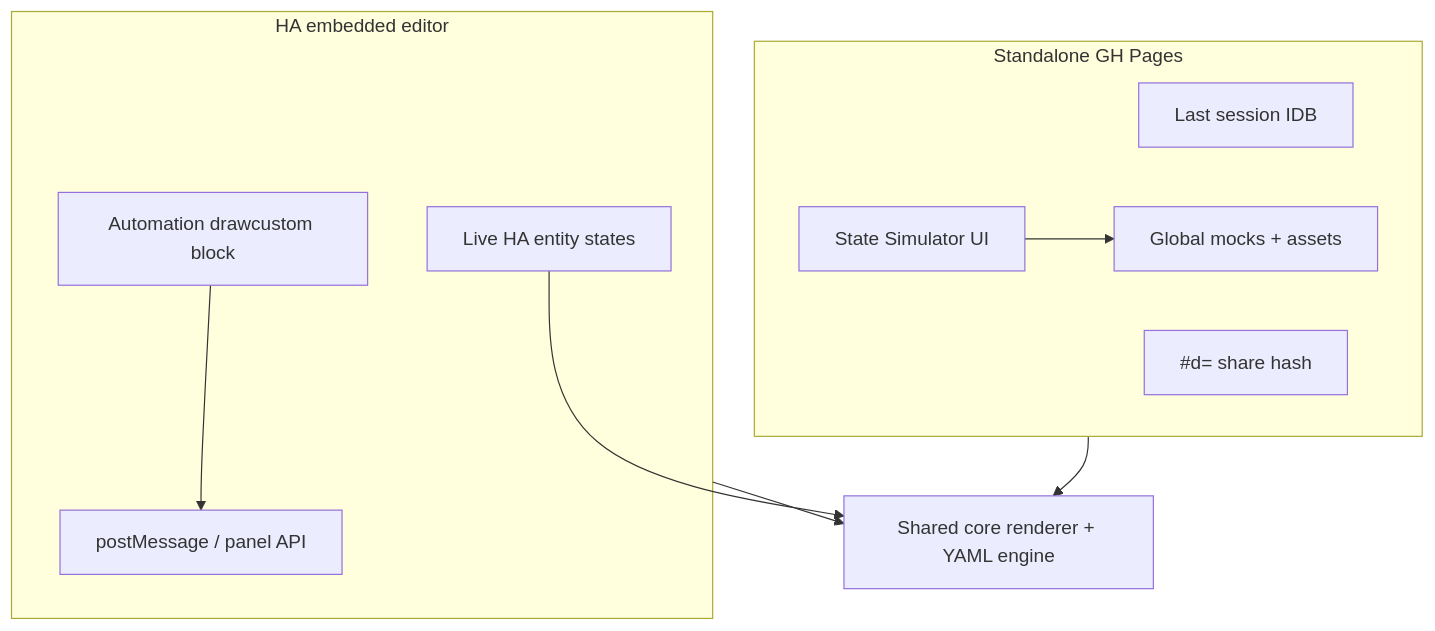
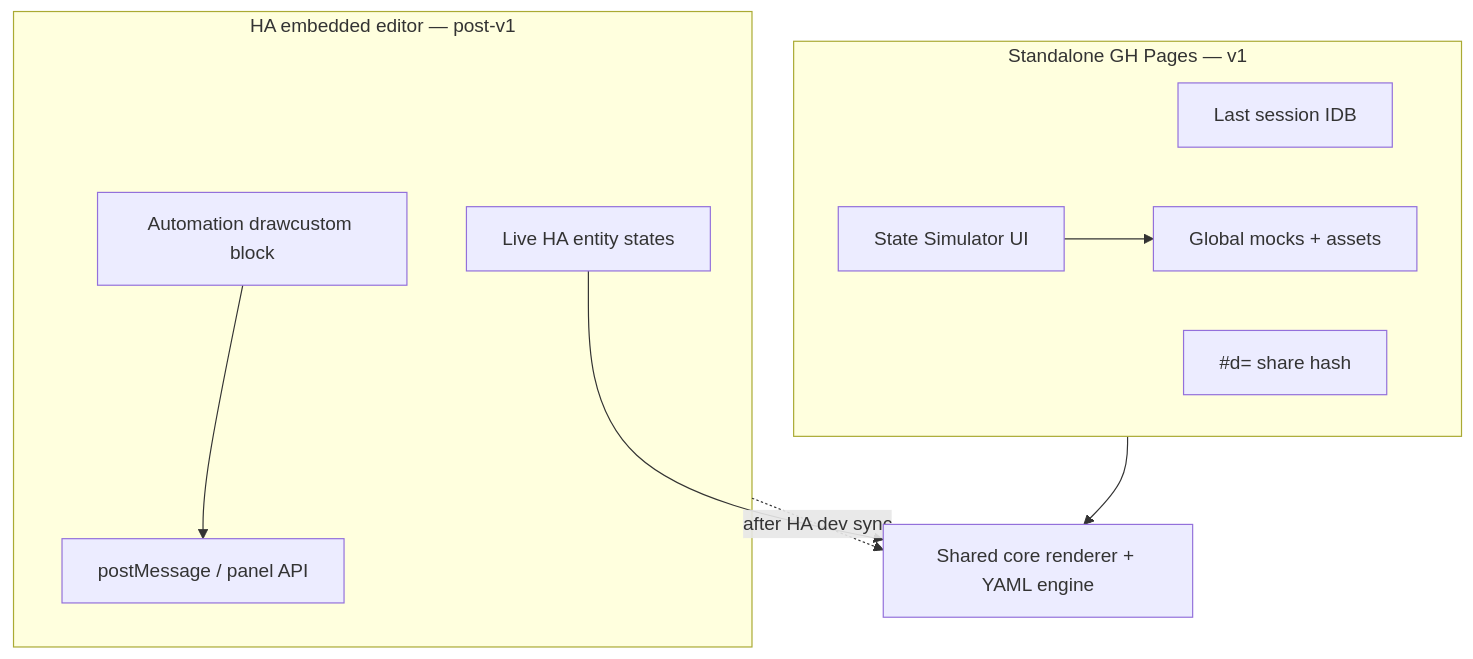
One commit to schlomo/odl-drawcustom-designer changed the sixth of 8 diagrams in docs/PLAN.md. Above: the diagram before and after it, drawn with Mermaid. The commit also changed other lines of this file and 2 other files, not shown here.

First line of the commit message:
docs: defer HA embed (4f) to post-v1 pending HA dev sync

````diff
--- a/docs/PLAN.md
+++ b/docs/PLAN.md
@@ -1035,20 +1040,20 @@
 ```mermaid
 flowchart TB
-  subgraph standalone [Standalone GH Pages]
+  subgraph standalone [Standalone GH Pages — v1]
     LS[Last session IDB]
     GM[Global mocks + assets]
     Hash["#d= share hash"]
     Sim[State Simulator UI]
   end
-  subgraph embedded [HA embedded editor]
+  subgraph embedded [HA embedded editor — post-v1]
     Auto[Automation drawcustom block]
     HAStates[Live HA entity states]
     PostMsg[postMessage / panel API]
   end
   Core[Shared core renderer + YAML engine]
   standalone --> Core
-  embedded --> Core
+  embedded -.->|after HA dev sync| Core
   Auto --> PostMsg
   HAStates --> Core
   Sim --> GM
 ```
````
